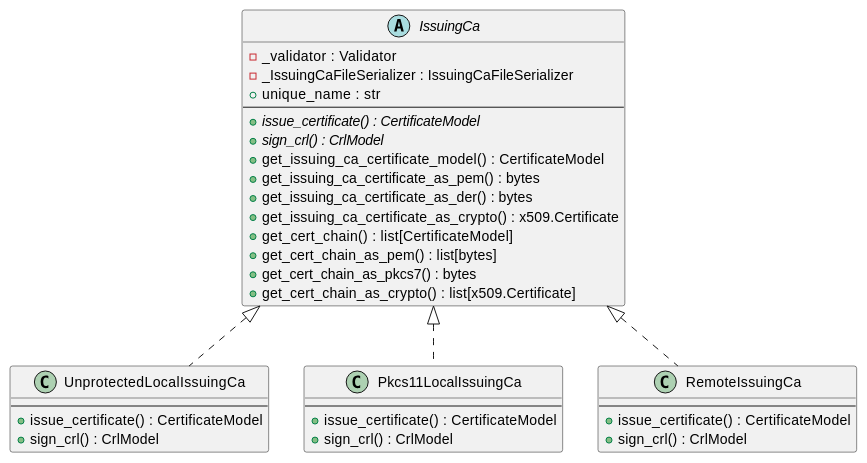
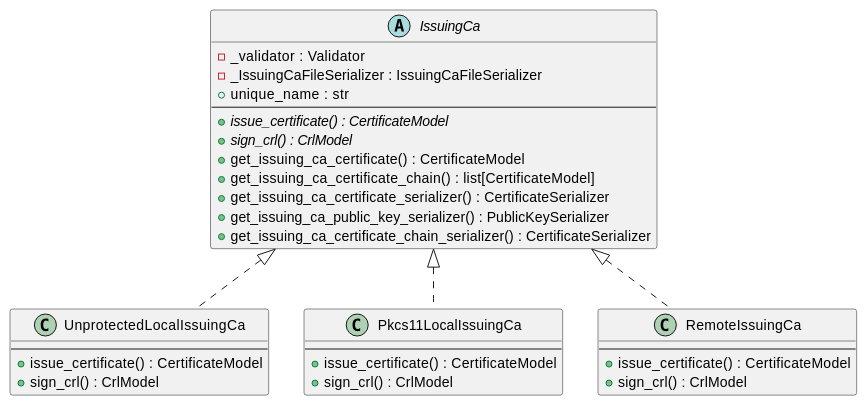
The second of 2 diagrams in docs/source/pki_issuing_ca.rst (TrustPoint-Project/trustpoint), drawn with PlantUML before and after one commit. The commit also changed 12 other files, not shown here.

```diff
--- a/docs/source/pki_issuing_ca.rst
+++ b/docs/source/pki_issuing_ca.rst
@@ -48,41 +48,38 @@
 .. uml::
     :align: center
 
     abstract class IssuingCa {
         -_validator : Validator
         -_IssuingCaFileSerializer : IssuingCaFileSerializer
         +unique_name : str
         --
         +issue_certificate() : CertificateModel {abstract}
         +sign_crl() : CrlModel {abstract}
-        +get_issuing_ca_certificate_model() : CertificateModel
-        +get_issuing_ca_certificate_as_pem() : bytes
-        +get_issuing_ca_certificate_as_der() : bytes
-        +get_issuing_ca_certificate_as_crypto() : x509.Certificate
-        +get_cert_chain() : list[CertificateModel]
-        +get_cert_chain_as_pem() : list[bytes]
-        +get_cert_chain_as_pkcs7() : bytes
-        +get_cert_chain_as_crypto() : list[x509.Certificate]
+        +get_issuing_ca_certificate() : CertificateModel
+        +get_issuing_ca_certificate_chain() : list[CertificateModel]
+        +get_issuing_ca_certificate_serializer() : CertificateSerializer
+        +get_issuing_ca_public_key_serializer() : PublicKeySerializer
+        +get_issuing_ca_certificate_chain_serializer() : CertificateSerializer
     }
 
     class UnprotectedLocalIssuingCa {
         --
         +issue_certificate() : CertificateModel
         +sign_crl() : CrlModel
     }
 
     class Pkcs11LocalIssuingCa {
         --
         +issue_certificate() : CertificateModel
         +sign_crl() : CrlModel
     }
 
     class RemoteIssuingCa {
         --
         +issue_certificate() : CertificateModel
         +sign_crl() : CrlModel
     }
 
     IssuingCa <|.. UnprotectedLocalIssuingCa
     IssuingCa <|.. Pkcs11LocalIssuingCa
     IssuingCa <|.. RemoteIssuingCa
```
